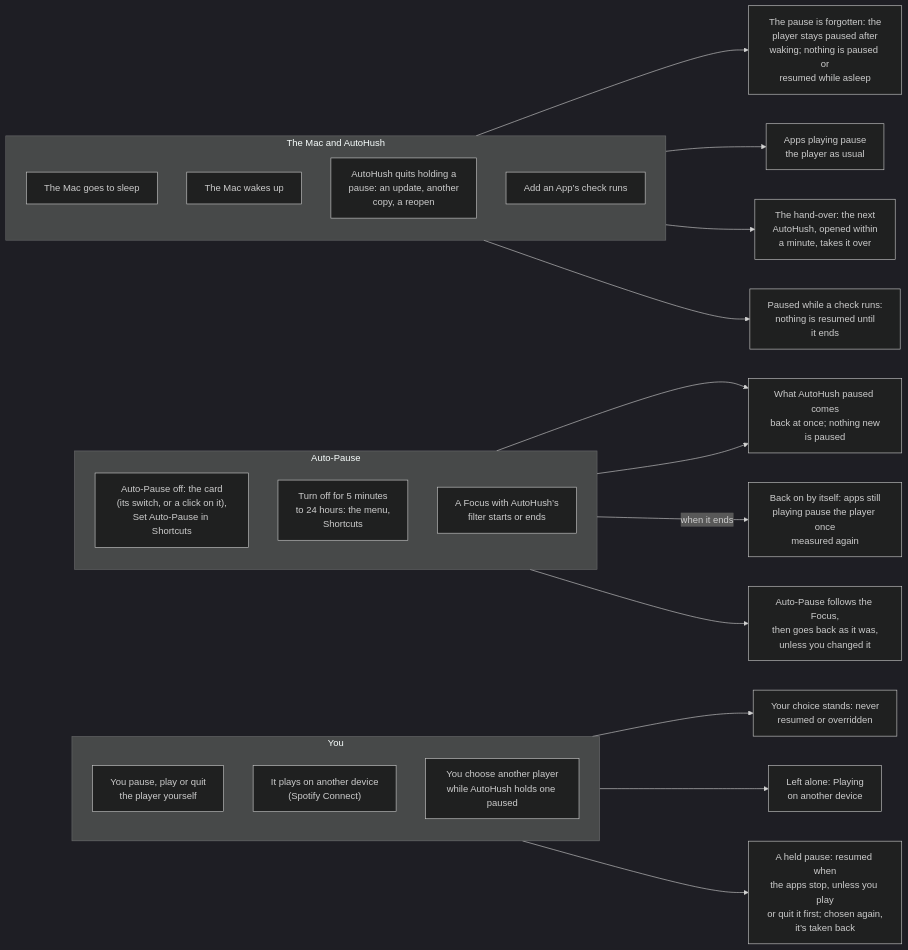
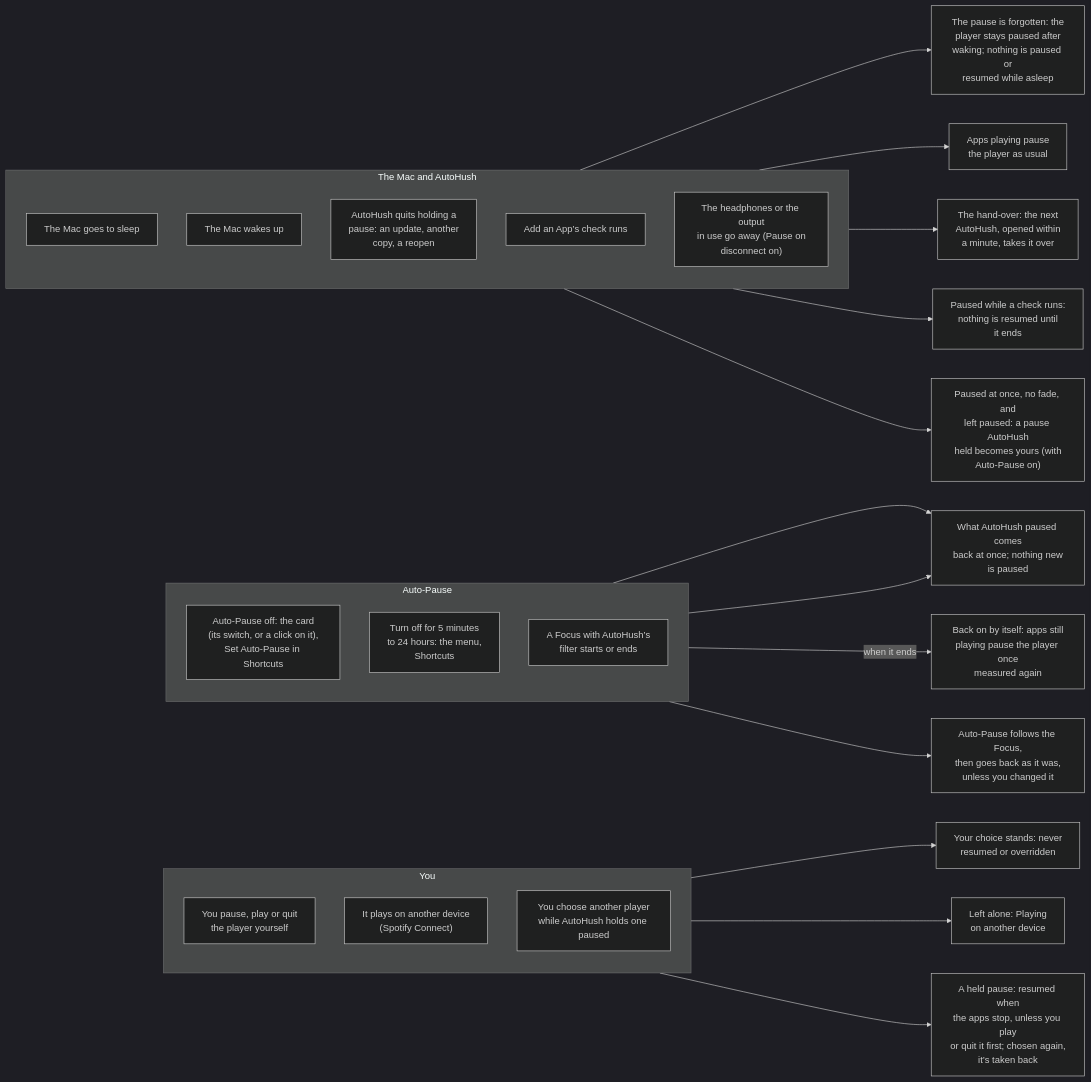
The fourth of 14 diagrams in WORKFLOWS.md (hfustercabre/AutoHush), drawn with Mermaid (dark theme) before and after one commit. The commit also changed 23 other files, not shown here.

First line of the commit message:
feat: Pause on disconnect

````diff
--- a/WORKFLOWS.md
+++ b/WORKFLOWS.md
@@ -205,44 +205,47 @@
 ```mermaid
 flowchart LR
   subgraph YOU["You"]
     direction TB
     E1["You pause, play or quit<br/>the player yourself"]
     E2["It plays on another device<br/>(Spotify Connect)"]
     E3["You choose another player<br/>while AutoHush holds one paused"]
   end
   subgraph AUTO["Auto-Pause"]
     direction TB
     E4["Auto-Pause off: the card<br/>(its switch, or a click on it),<br/>Set Auto-Pause in Shortcuts"]
     E5["Turn off for 5 minutes<br/>to 24 hours: the menu,<br/>Shortcuts"]
     E6["A Focus with AutoHush’s<br/>filter starts or ends"]
   end
   subgraph MAC["The Mac and AutoHush"]
     direction TB
     E7["The Mac goes to sleep"]
     E8["The Mac wakes up"]
     E9["AutoHush quits holding a<br/>pause: an update, another<br/>copy, a reopen"]
     E10["Add an App’s check runs"]
+    E11["The headphones or the output<br/>in use go away (Pause on<br/>disconnect on)"]
   end
   R1["Your choice stands: never<br/>resumed or overridden"]
   R2["Left alone: Playing<br/>on another device"]
   R3["A held pause: resumed when<br/>the apps stop, unless you play<br/>or quit it first; chosen again,<br/>it’s taken back"]
   R4["What AutoHush paused comes<br/>back at once; nothing new<br/>is paused"]
   R5["Back on by itself: apps still<br/>playing pause the player once<br/>measured again"]
   R6["Auto-Pause follows the Focus,<br/>then goes back as it was,<br/>unless you changed it"]
   R7["The pause is forgotten: the<br/>player stays paused after<br/>waking; nothing is paused or<br/>resumed while asleep"]
   R8["Apps playing pause<br/>the player as usual"]
   R9["The hand-over: the next<br/>AutoHush, opened within<br/>a minute, takes it over"]
   R10["Paused while a check runs:<br/>nothing is resumed until<br/>it ends"]
+  R11["Paused at once, no fade, and<br/>left paused: a pause AutoHush<br/>held becomes yours (with<br/>Auto-Pause on)"]
 
   E1 --> R1
   E2 --> R2
   E3 --> R3
   E4 --> R4
   E5 --> R4
   E5 -->|"when it ends"| R5
   E6 --> R6
   E7 --> R7
   E8 --> R8
   E9 --> R9
   E10 --> R10
+  E11 --> R11
 ```
````
